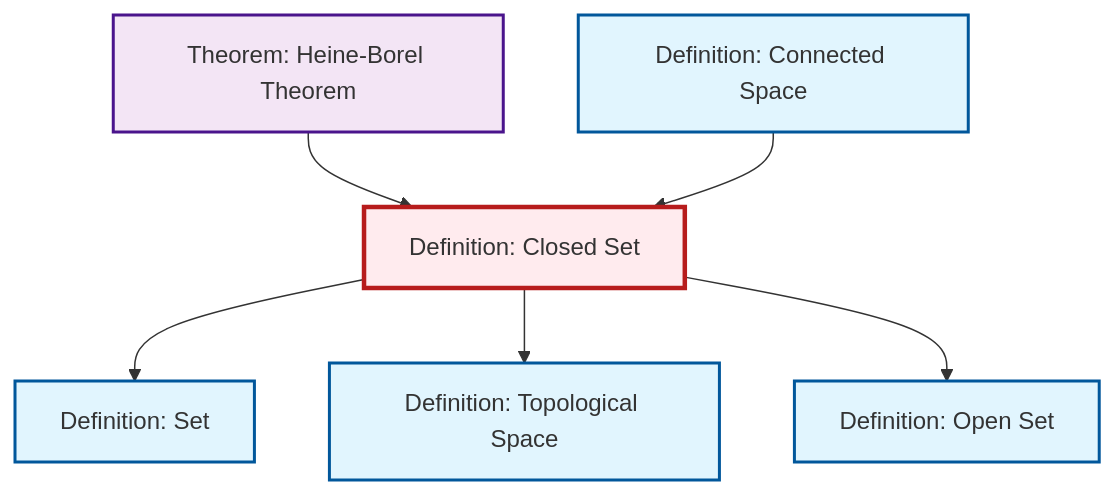
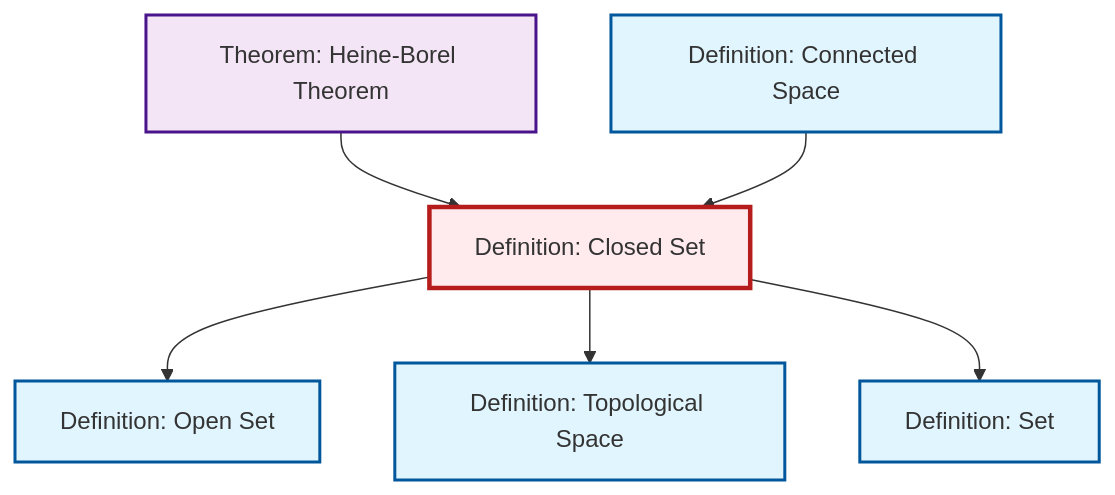
The diagram in content/en/topology/def-closed-set.qmd (RK0429/ModernMath), drawn with Mermaid before and after one commit. The commit also changed other lines of this file and 434 other files, not shown here.

````diff
--- a/content/en/topology/def-closed-set.qmd
+++ b/content/en/topology/def-closed-set.qmd
@@ -44,26 +44,26 @@
 ```{mermaid}
 %%| fig-cap: "Local dependency graph"
 graph TD
     classDef definition fill:#e1f5fe,stroke:#01579b,stroke-width:2px
     classDef theorem fill:#f3e5f5,stroke:#4a148c,stroke-width:2px
     classDef axiom fill:#fff3e0,stroke:#e65100,stroke-width:2px
     classDef example fill:#e8f5e9,stroke:#1b5e20,stroke-width:2px
     classDef current fill:#ffebee,stroke:#b71c1c,stroke-width:3px
+    def-set["Definition: Set"]:::definition
     def-topological-space["Definition: Topological Space"]:::definition
+    def-closed-set["Definition: Closed Set"]:::definition
+    thm-heine-borel["Theorem: Heine-Borel Theorem"]:::theorem
+    def-connected["Definition: Connected Space"]:::definition
     def-open-set["Definition: Open Set"]:::definition
-    def-connected["Definition: Connected Space"]:::definition
-    def-closed-set["Definition: Closed Set"]:::definition
-    def-set["Definition: Set"]:::definition
-    thm-heine-borel["Theorem: Heine-Borel Theorem"]:::theorem
-    def-closed-set --> def-set
+    def-closed-set --> def-open-set
     thm-heine-borel --> def-closed-set
     def-closed-set --> def-topological-space
     def-connected --> def-closed-set
-    def-closed-set --> def-open-set
+    def-closed-set --> def-set
     class def-closed-set current
+    click def-set "def-set.html" "Go to Set definition"
     click def-topological-space "def-topological-space.html" "Go to Topological Space definition"
+    click thm-heine-borel "thm-heine-borel.html" "Go to Heine-Borel Theorem theorem"
+    click def-connected "def-connected.html" "Go to Connected Space definition"
     click def-open-set "def-open-set.html" "Go to Open Set definition"
-    click def-connected "def-connected.html" "Go to Connected Space definition"
-    click def-set "def-set.html" "Go to Set definition"
-    click thm-heine-borel "thm-heine-borel.html" "Go to Heine-Borel Theorem theorem"
 ```
````
